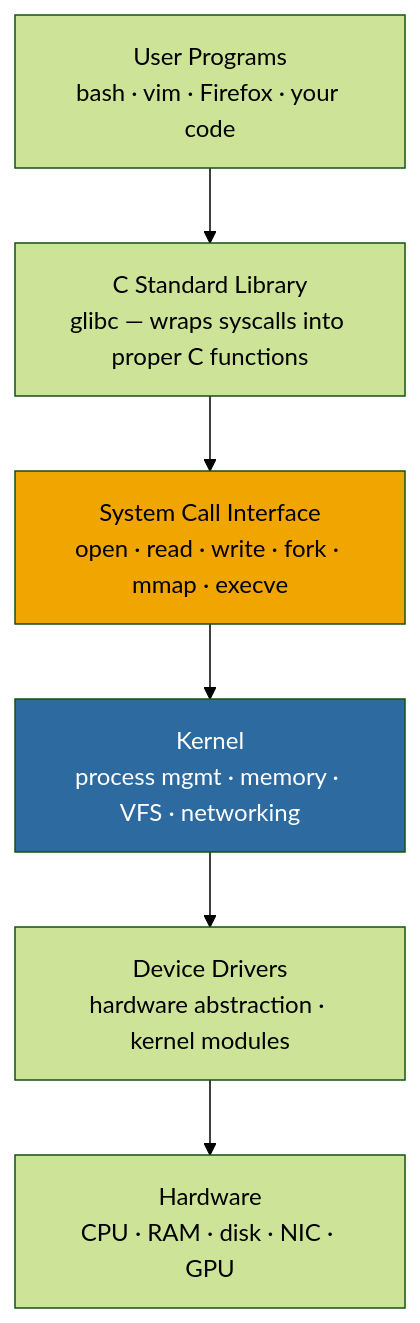
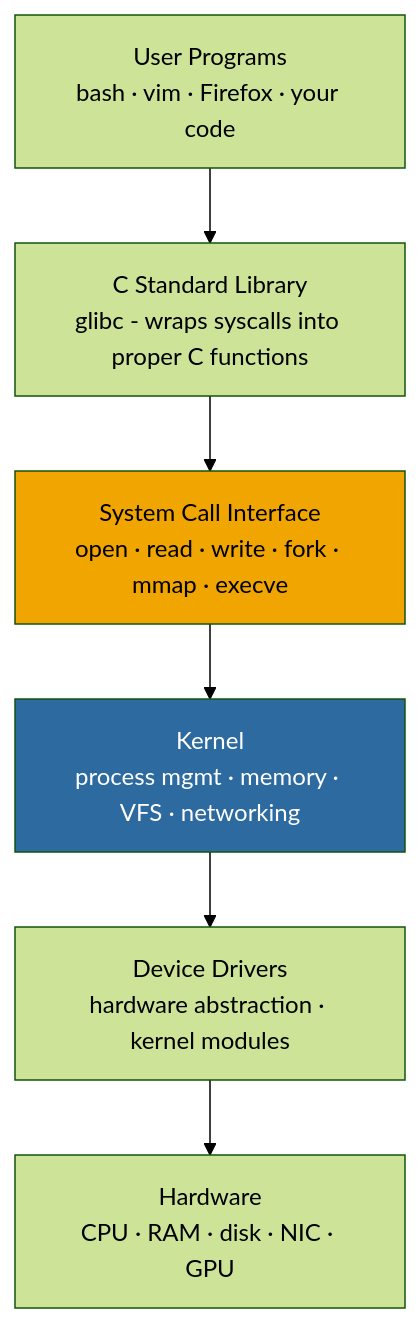
Before and after one commit to ValentinTorassa/Linux-Study-Notes-VT: the first of 2 diagrams in linux-notes/01-big-picture/levels-of-abstraction.md, drawn with Mermaid (forest theme). The commit also changed other lines of this file and 7 other files, not shown here.

````diff
--- a/linux-notes/01-big-picture/levels-of-abstraction.md
+++ b/linux-notes/01-big-picture/levels-of-abstraction.md
@@ -11,18 +11,18 @@
 ```mermaid
 graph TD
     A["User Programs\nbash · vim · Firefox · your code"]
-    B["C Standard Library\nglibc — wraps syscalls into proper C functions"]
+    B["C Standard Library\nglibc - wraps syscalls into proper C functions"]
     C["System Call Interface\nopen · read · write · fork · mmap · execve"]
     D["Kernel\nprocess mgmt · memory · VFS · networking"]
     E["Device Drivers\nhardware abstraction · kernel modules"]
     F["Hardware\nCPU · RAM · disk · NIC · GPU"]
 
     A --> B
     B --> C
     C --> D
     D --> E
     E --> F
 
     style C fill:#f0a500,color:#000
     style D fill:#2d6a9f,color:#fff
 ```
````
